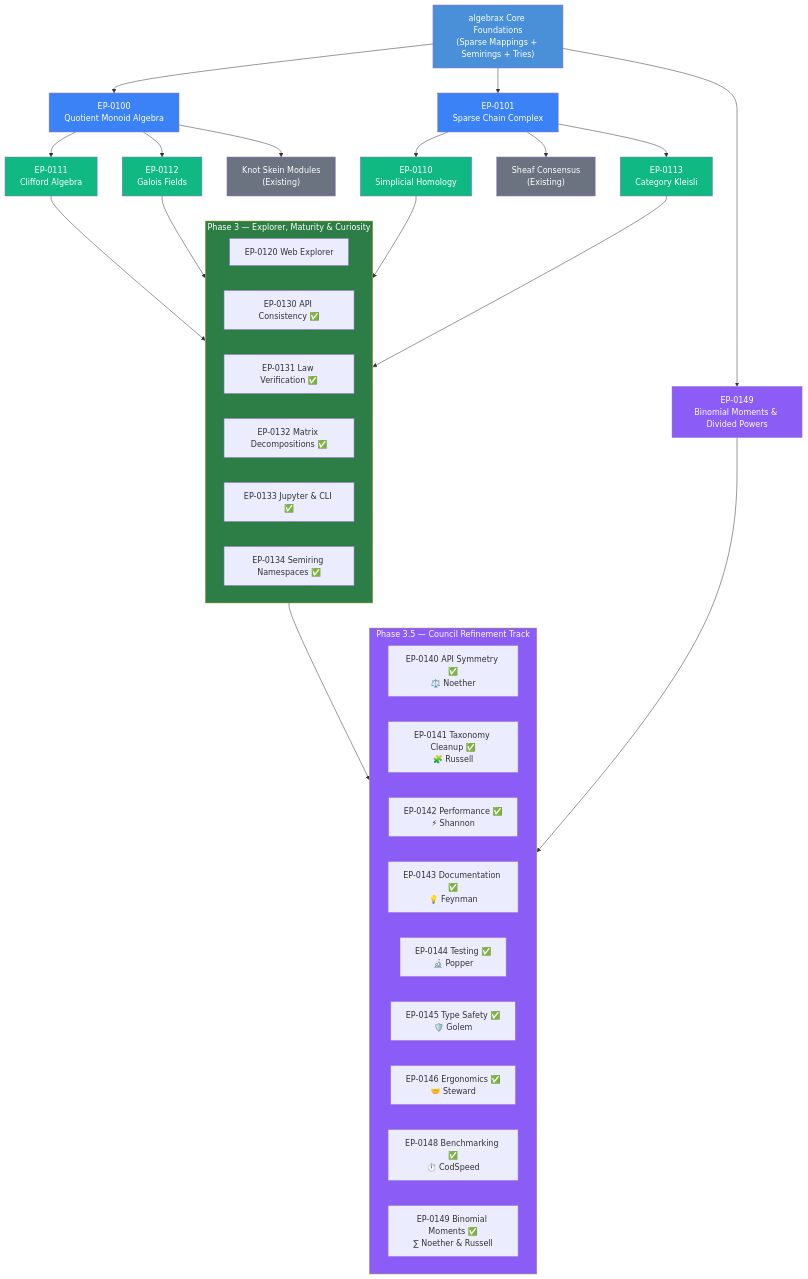
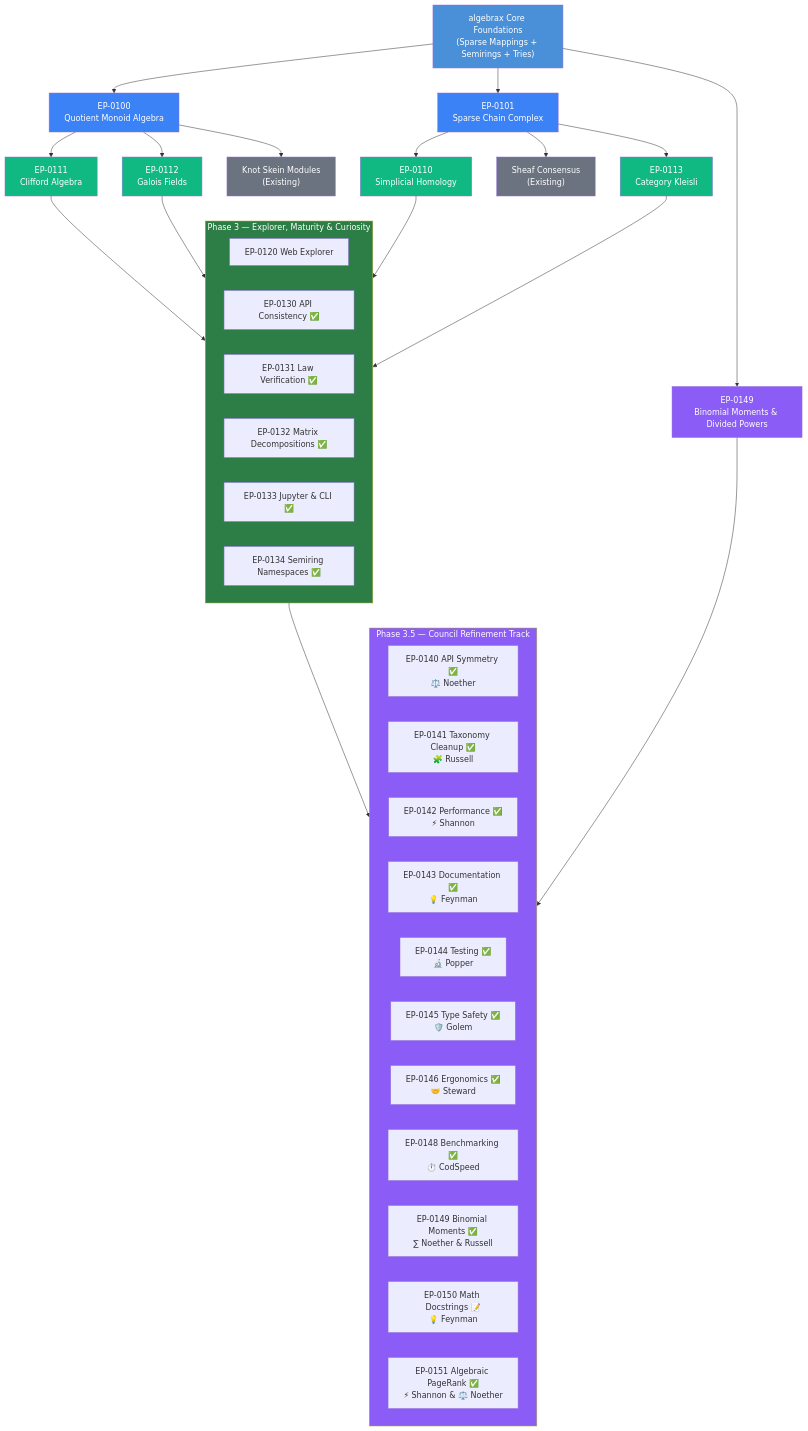
Before and after one commit to erivlis/algebrax: the diagram in docs/proposals/EP-0099-expansion-roadmap.md, drawn with Mermaid. The commit also changed other lines of this file and 2 other files, not shown here.

First line of the commit message:
docs(EP-0151): Add Algebraic PageRank proposal and integrate into roadmap

````diff
--- a/docs/proposals/EP-0099-expansion-roadmap.md
+++ b/docs/proposals/EP-0099-expansion-roadmap.md
@@ -33,58 +34,60 @@
 ```mermaid
 flowchart TD
     CORE["algebrax Core Foundations\n(Sparse Mappings + Semirings + Tries)"]
 
     CORE --> EP0100["EP-0100\nQuotient Monoid Algebra"]
     CORE --> EP0101["EP-0101\nSparse Chain Complex"]
     CORE --> EP0149["EP-0149\nBinomial Moments & Divided Powers"]
 
     EP0100 --> EP0111["EP-0111\nClifford Algebra"]
     EP0100 --> EP0112["EP-0112\nGalois Fields"]
     EP0100 --> KNOT["Knot Skein Modules\n(Existing)"]
 
     EP0101 --> EP0110["EP-0110\nSimplicial Homology"]
     EP0101 --> SHEAF["Sheaf Consensus\n(Existing)"]
     EP0101 --> EP0113["EP-0113\nCategory Kleisli"]
 
     EP0110 --> P3
     EP0111 --> P3
     EP0112 --> P3
     EP0113 --> P3
     EP0149 --> P35
 
     subgraph P3["Phase 3 — Explorer, Maturity & Curiosity"]
         EP0120["EP-0120 Web Explorer"]
         EP0130["EP-0130 API Consistency ✅"]
         EP0131["EP-0131 Law Verification ✅"]
         EP0132["EP-0132 Matrix Decompositions ✅"]
         EP0133["EP-0133 Jupyter & CLI ✅"]
         EP0134["EP-0134 Semiring Namespaces ✅"]
     end
 
     P3 --> P35
 
     subgraph P35["Phase 3.5 — Council Refinement Track"]
         EP0140["EP-0140 API Symmetry ✅\n⚖️ Noether"]
         EP0141["EP-0141 Taxonomy Cleanup ✅\n🧩 Russell"]
         EP0142["EP-0142 Performance ✅\n⚡ Shannon"]
         EP0143["EP-0143 Documentation ✅\n💡 Feynman"]
         EP0144["EP-0144 Testing ✅\n🔬 Popper"]
         EP0145["EP-0145 Type Safety ✅\n🛡️ Golem"]
         EP0146["EP-0146 Ergonomics ✅\n🤝 Steward"]
         EP0148["EP-0148 Benchmarking ✅\n⏱️ CodSpeed"]
         EP0149_N["EP-0149 Binomial Moments ✅\n∑ Noether & Russell"]
+        EP0150_N["EP-0150 Math Docstrings 📝\n💡 Feynman"]
+        EP0151_N["EP-0151 Algebraic PageRank ✅\n⚡ Shannon & ⚖️ Noether"]
     end
 
     style CORE fill:#4a90d9,color:#fff
     style P3 fill:#2d7d46,color:#fff
     style P35 fill:#8b5cf6,color:#fff
     style EP0100 fill:#3b82f6,color:#fff
     style EP0101 fill:#3b82f6,color:#fff
     style EP0110 fill:#10b981,color:#fff
     style EP0111 fill:#10b981,color:#fff
     style EP0112 fill:#10b981,color:#fff
     style EP0113 fill:#10b981,color:#fff
     style EP0149 fill:#8b5cf6,color:#fff
     style KNOT fill:#6b7280,color:#fff
     style SHEAF fill:#6b7280,color:#fff
 ```
````
